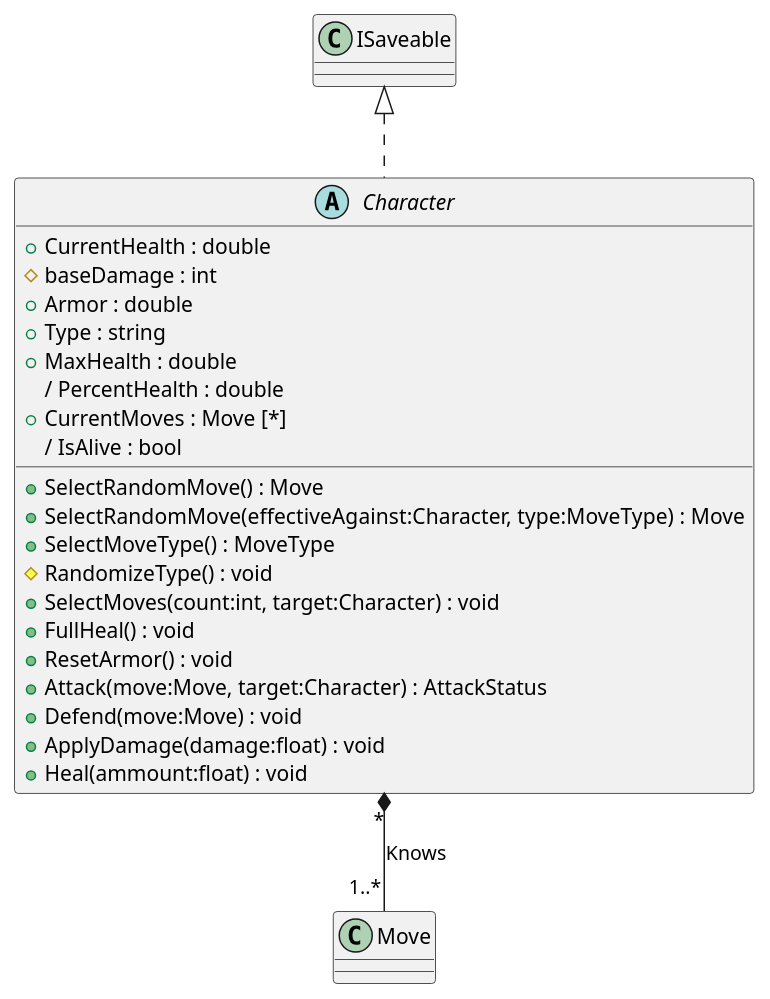
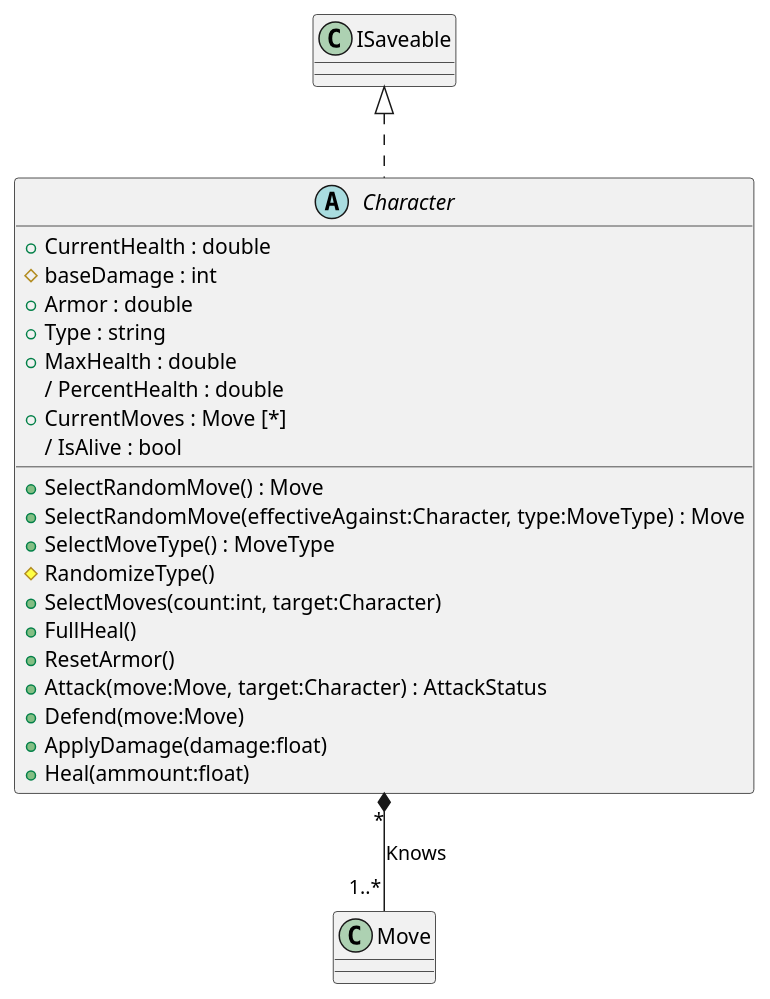
One commit to Leximon-SWE-2025/Leximon changed the diagram in PlantUML/scenes/Character.puml. Above: the diagram before and after it, drawn with PlantUML. The commit also changed 16 other files, not shown here.

```diff
--- a/PlantUML/scenes/Character.puml
+++ b/PlantUML/scenes/Character.puml
@@ -1,30 +1,30 @@
 @startuml Character
 
 abstract class Character {
     + CurrentHealth : double 
     # baseDamage : int
     + Armor : double
     + Type : string
     + MaxHealth : double
     / PercentHealth : double
     ' + KnownMoves : Move [*]
     + CurrentMoves : Move [*]
     / IsAlive : bool
     + SelectRandomMove() : Move
     + SelectRandomMove(effectiveAgainst:Character, type:MoveType) : Move
     + SelectMoveType() : MoveType
-    # RandomizeType() : void
-    + SelectMoves(count:int, target:Character) : void
-    + FullHeal() : void
-    + ResetArmor() : void
+    # RandomizeType() 
+    + SelectMoves(count:int, target:Character) 
+    + FullHeal() 
+    + ResetArmor() 
     + Attack(move:Move, target:Character) : AttackStatus
-    + Defend(move:Move) : void
-    + ApplyDamage(damage:float) : void
-    + Heal(ammount:float) : void
+    + Defend(move:Move) 
+    + ApplyDamage(damage:float) 
+    + Heal(ammount:float) 
 }
 ' Area2D <|-- Character
 ISaveable <|.. Character
 
 Character "*" *-- "1..*" Move : Knows
 
 @enduml
```
